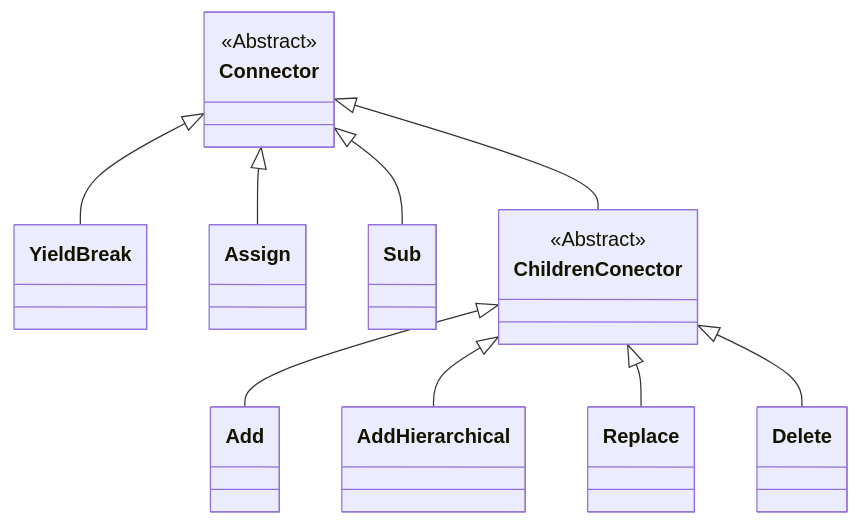
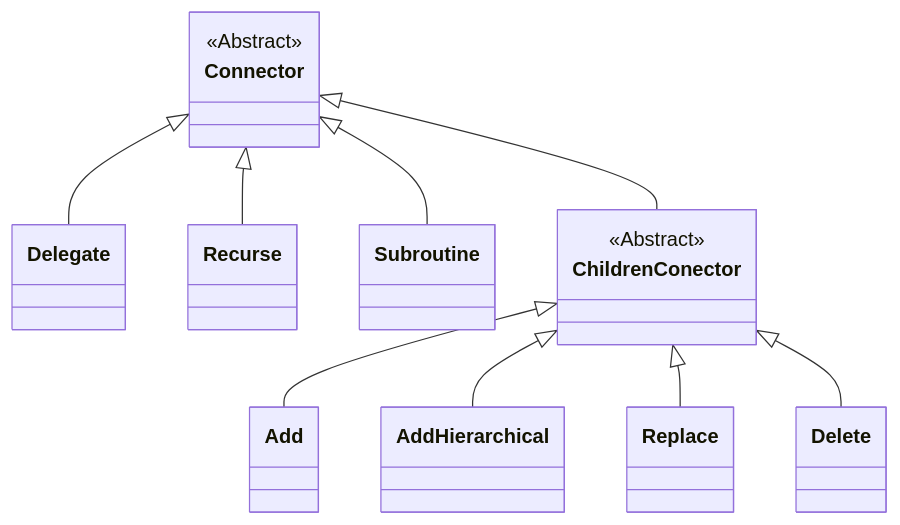
One commit to rlayers/pawpaw changed the fourth of 14 diagrams in docs/4. Arborform.md. Above: the diagram before and after it, drawn with Mermaid. The commit also changed other lines of this file and 9 other files, not shown here.

````diff
--- a/docs/4. Arborform.md
+++ b/docs/4. Arborform.md
@@ -150,13 +150,13 @@
 ```mermaid
 classDiagram
-Connector <|-- YieldBreak
+Connector <|-- Delegate
 <<Abstract>> Connector
-Connector <|-- Assign
-Connector <|-- Sub
+Connector <|-- Recurse
+Connector <|-- Subroutine
 Connector <|-- ChildrenConector
 <<Abstract>> ChildrenConector
 ChildrenConector <|-- Add
 ChildrenConector <|-- AddHierarchical
 ChildrenConector <|-- Replace
 ChildrenConector <|-- Delete
 ```
````
